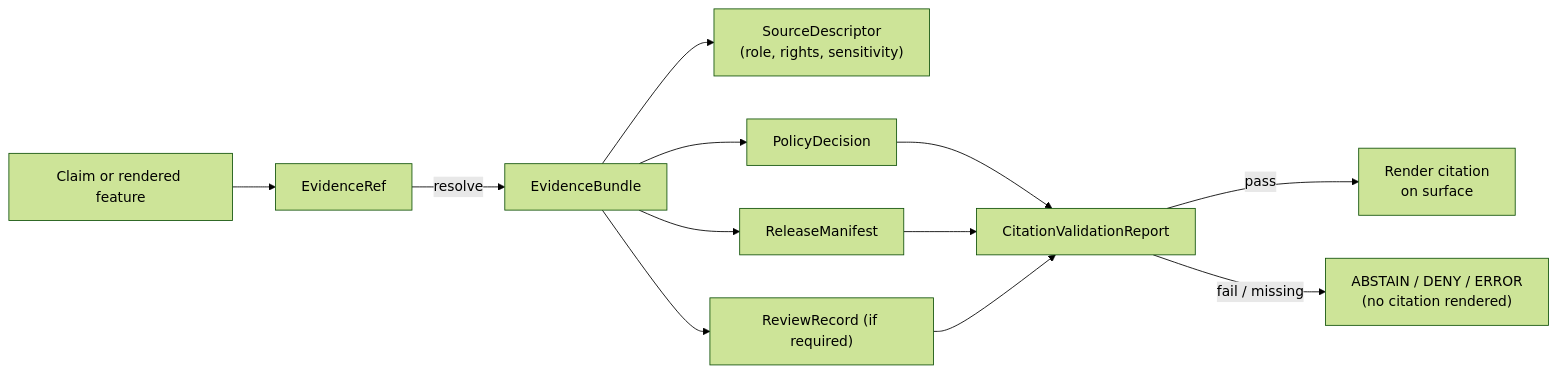
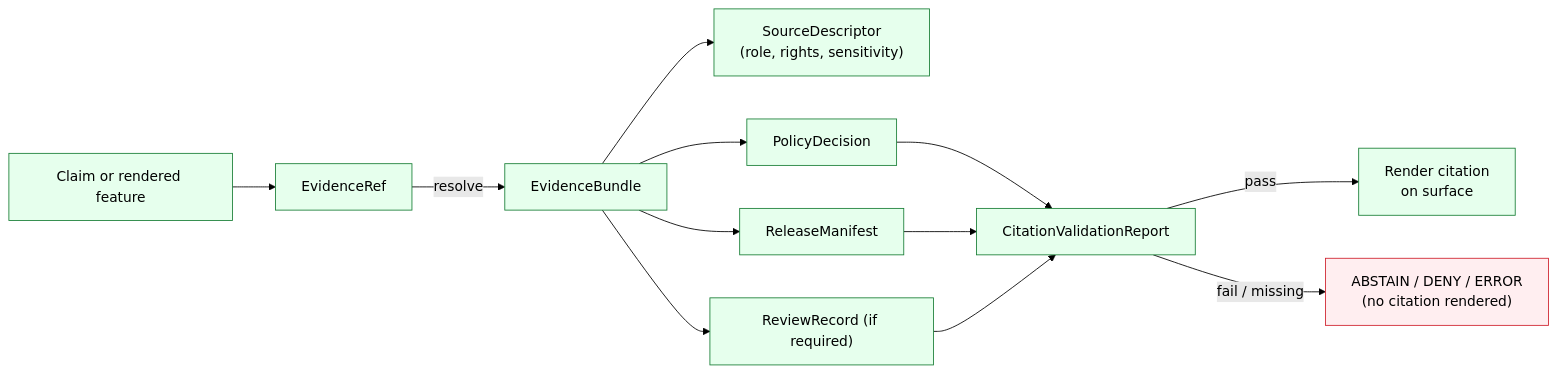
One commit to bartytime4life/Kansas-Frontier-Matrix changed the diagram in docs/sources/CITATION_GUIDANCE.md. Above: the diagram before and after it, drawn with Mermaid (forest theme). The commit also changed other lines of this file, not shown here.

````diff
--- a/docs/sources/CITATION_GUIDANCE.md
+++ b/docs/sources/CITATION_GUIDANCE.md
@@ -148,14 +175,19 @@
 ```mermaid
 flowchart LR
   Claim["Claim or rendered feature"] --> Ref["EvidenceRef"]
   Ref -->|resolve| Bundle["EvidenceBundle"]
   Bundle --> Source["SourceDescriptor<br/>(role, rights, sensitivity)"]
   Bundle --> Policy["PolicyDecision"]
   Bundle --> Release["ReleaseManifest"]
   Bundle --> Review["ReviewRecord (if required)"]
   Policy --> CVR["CitationValidationReport"]
   Release --> CVR
   Review --> CVR
   CVR -->|pass| Render["Render citation<br/>on surface"]
   CVR -->|fail / missing| Abstain["ABSTAIN / DENY / ERROR<br/>(no citation rendered)"]
+
+  classDef confirmed fill:#e6ffed,stroke:#1a7f37;
+  classDef fail fill:#ffeef0,stroke:#cf222e;
+  class Claim,Ref,Bundle,Source,Policy,Release,Review,CVR,Render confirmed;
+  class Abstain fail;
 ```
````
